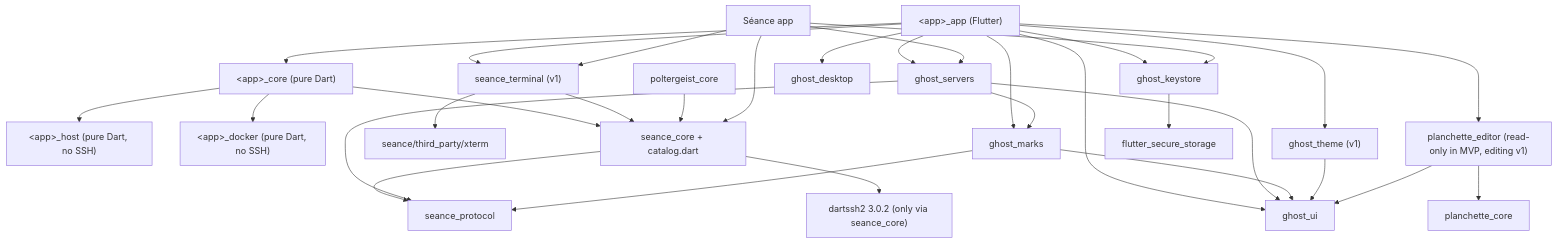
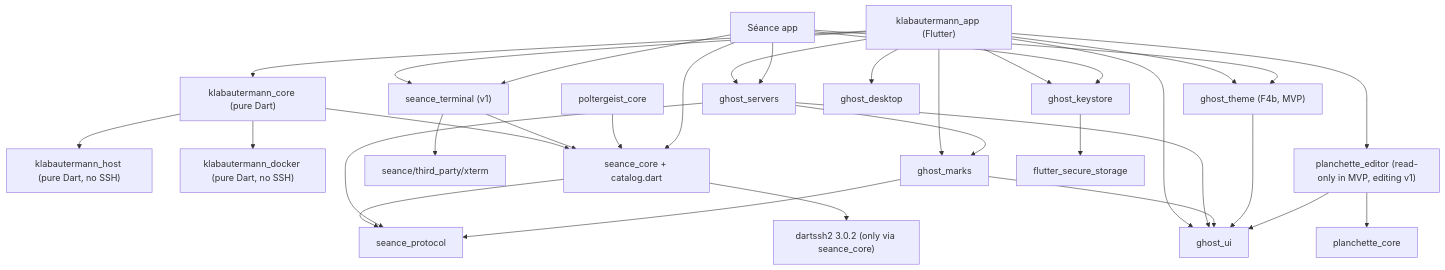
The diagram in docs/design/klabautermann/03-ARCHITECTURE.md (L-K-M/Hauntware), drawn with Mermaid before and after one commit. The commit also changed other lines of this file and 4 other files, not shown here.

````diff
--- a/docs/design/klabautermann/03-ARCHITECTURE.md
+++ b/docs/design/klabautermann/03-ARCHITECTURE.md
@@ -542,54 +654,55 @@
 ```mermaid
 graph TD
-  APP["#lt;app#gt;_app (Flutter)"]
-  CORE["#lt;app#gt;_core (pure Dart)"]
-  HOST["#lt;app#gt;_host (pure Dart, no SSH)"]
-  DOCK["#lt;app#gt;_docker (pure Dart, no SSH)"]
+  APP["klabautermann_app (Flutter)"]
+  CORE["klabautermann_core (pure Dart)"]
+  HOST["klabautermann_host (pure Dart, no SSH)"]
+  DOCK["klabautermann_docker (pure Dart, no SSH)"]
   SC["seance_core + catalog.dart"]
   SP["seance_protocol"]
   DS["dartssh2 3.0.2 (only via seance_core)"]
   ST["seance_terminal (v1)"]
   XT["seance/third_party/xterm"]
   GS["ghost_servers"]
   GK["ghost_keystore"]
-  GT["ghost_theme (v1)"]
+  GT["ghost_theme (F4b, MVP)"]
   GUI["ghost_ui"]
   GM["ghost_marks"]
   GD["ghost_desktop"]
   PE["planchette_editor (read-only in MVP, editing v1)"]
   PCO["planchette_core"]
   FSS["flutter_secure_storage"]
   POLT["poltergeist_core"]
   SEA["Séance app"]
 
   APP --> CORE
   APP --> GS
   APP --> GK
   APP --> GT
   APP --> GUI
   APP --> GM
   APP --> GD
   APP --> PE
   APP --> ST
   CORE --> SC
   CORE --> HOST
   CORE --> DOCK
   SC --> SP
   SC --> DS
   ST --> SC
   ST --> XT
   GS --> GUI
   GS --> GM
   GS --> SP
   GM --> GUI
   GM --> SP
   GK --> FSS
   GT --> GUI
   PE --> GUI
   PE --> PCO
   POLT --> SC
   SEA --> SC
   SEA --> ST
   SEA --> GS
   SEA --> GK
+  SEA --> GT
 ```
````
